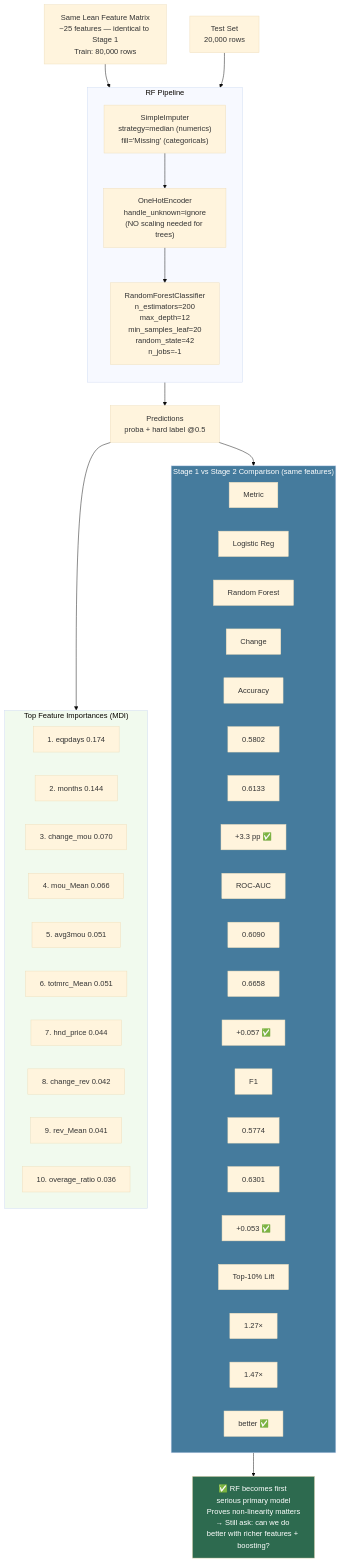
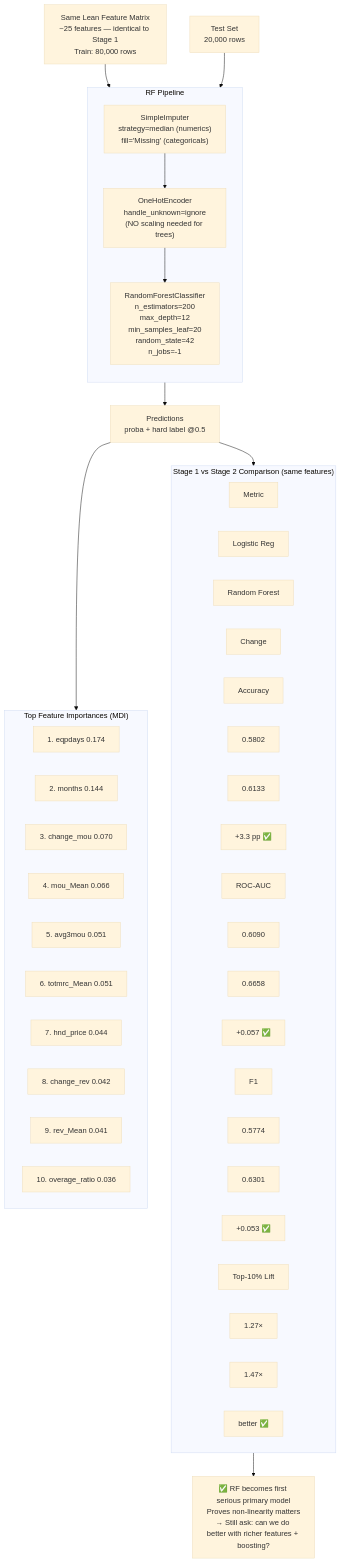
One commit to farout101/data_mining_ucsy changed the diagram in diagrams/04_stage2_random_forest.md. Above: the diagram before and after it, drawn with Mermaid (base theme). The commit also changed 13 other files, not shown here.

````diff
--- a/diagrams/04_stage2_random_forest.md
+++ b/diagrams/04_stage2_random_forest.md
@@ -3,65 +3,61 @@
 ```mermaid
 flowchart TD
     A["Same Lean Feature Matrix\n~25 features — identical to Stage 1\nTrain: 80,000 rows"]
 
     subgraph PIPE2 ["RF Pipeline"]
         direction TB
         P1["SimpleImputer\nstrategy=median (numerics)\nfill='Missing' (categoricals)"]
         P2["OneHotEncoder\nhandle_unknown=ignore\n(NO scaling needed for trees)"]
         P3["RandomForestClassifier\nn_estimators=200\nmax_depth=12\nmin_samples_leaf=20\nrandom_state=42\nn_jobs=-1"]
         P1 --> P2 --> P3
     end
 
     B["Test Set\n20,000 rows"]
     C["Predictions\nproba + hard label @0.5"]
 
     subgraph COMPARE ["Stage 1 vs Stage 2 Comparison (same features)"]
         direction LR
         T1["Metric"]
         T2["Logistic Reg"]
         T3["Random Forest"]
         T4["Change"]
         T5["Accuracy"]
         T6["0.5802"]
         T7["0.6133"]
         T8["+3.3 pp ✅"]
         T9["ROC-AUC"]
         T10["0.6090"]
         T11["0.6658"]
         T12["+0.057 ✅"]
         T13["F1"]
         T14["0.5774"]
         T15["0.6301"]
         T16["+0.053 ✅"]
         T17["Top-10% Lift"]
         T18["1.27×"]
         T19["1.47×"]
         T20["better ✅"]
     end
 
     subgraph IMPORTANCE ["Top Feature Importances (MDI)"]
         I1["1. eqpdays       0.174"]
         I2["2. months        0.144"]
         I3["3. change_mou    0.070"]
         I4["4. mou_Mean      0.066"]
         I5["5. avg3mou       0.051"]
         I6["6. totmrc_Mean   0.051"]
         I7["7. hnd_price     0.044"]
         I8["8. change_rev    0.042"]
         I9["9. rev_Mean      0.041"]
         I10["10. overage_ratio 0.036"]
     end
 
     VERDICT["✅ RF becomes first serious primary model\nProves non-linearity matters\n→ Still ask: can we do better with richer features + boosting?"]
 
     A --> PIPE2
     B --> PIPE2
     PIPE2 --> C
     C --> COMPARE
     C --> IMPORTANCE
     COMPARE --> VERDICT
-
-    style VERDICT fill:#2d6a4f,color:#fff
-    style COMPARE fill:#457b9d,color:#fff
-    style IMPORTANCE fill:#f1faee
 ```
````
